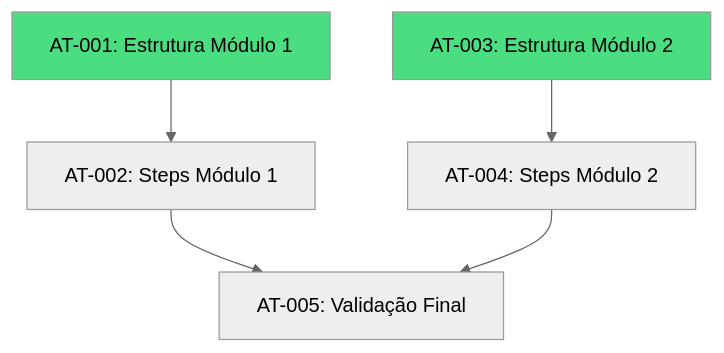
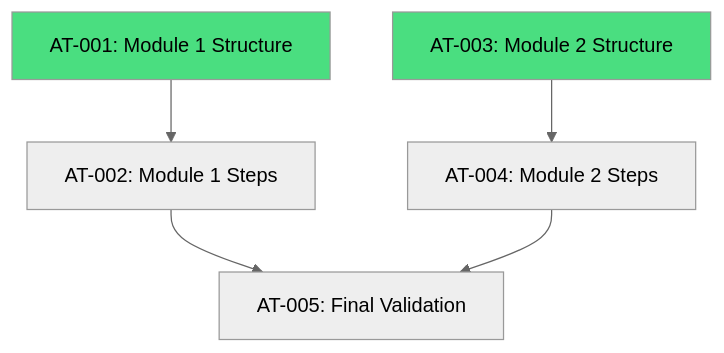
The diagram in docs/PLAN-fase-3-estrutura-dados.md (xldeveloper/grupous-neondash), drawn with Mermaid (neutral theme) before and after one commit. The commit also changed other lines of this file and 166 other files, not shown here.

````diff
--- a/docs/PLAN-fase-3-estrutura-dados.md
+++ b/docs/PLAN-fase-3-estrutura-dados.md
@@ -289,10 +289,10 @@
 ```mermaid
 graph TD
-    AT001[AT-001: Estrutura Módulo 1] --> AT002[AT-002: Steps Módulo 1]
-    AT003[AT-003: Estrutura Módulo 2] --> AT004[AT-004: Steps Módulo 2]
-    AT002 --> AT005[AT-005: Validação Final]
+    AT001[AT-001: Module 1 Structure] --> AT002[AT-002: Module 1 Steps]
+    AT003[AT-003: Module 2 Structure] --> AT004[AT-004: Module 2 Steps]
+    AT002 --> AT005[AT-005: Final Validation]
     AT004 --> AT005
 
     style AT001 fill:#4ade80
     style AT003 fill:#4ade80
 ```
````
